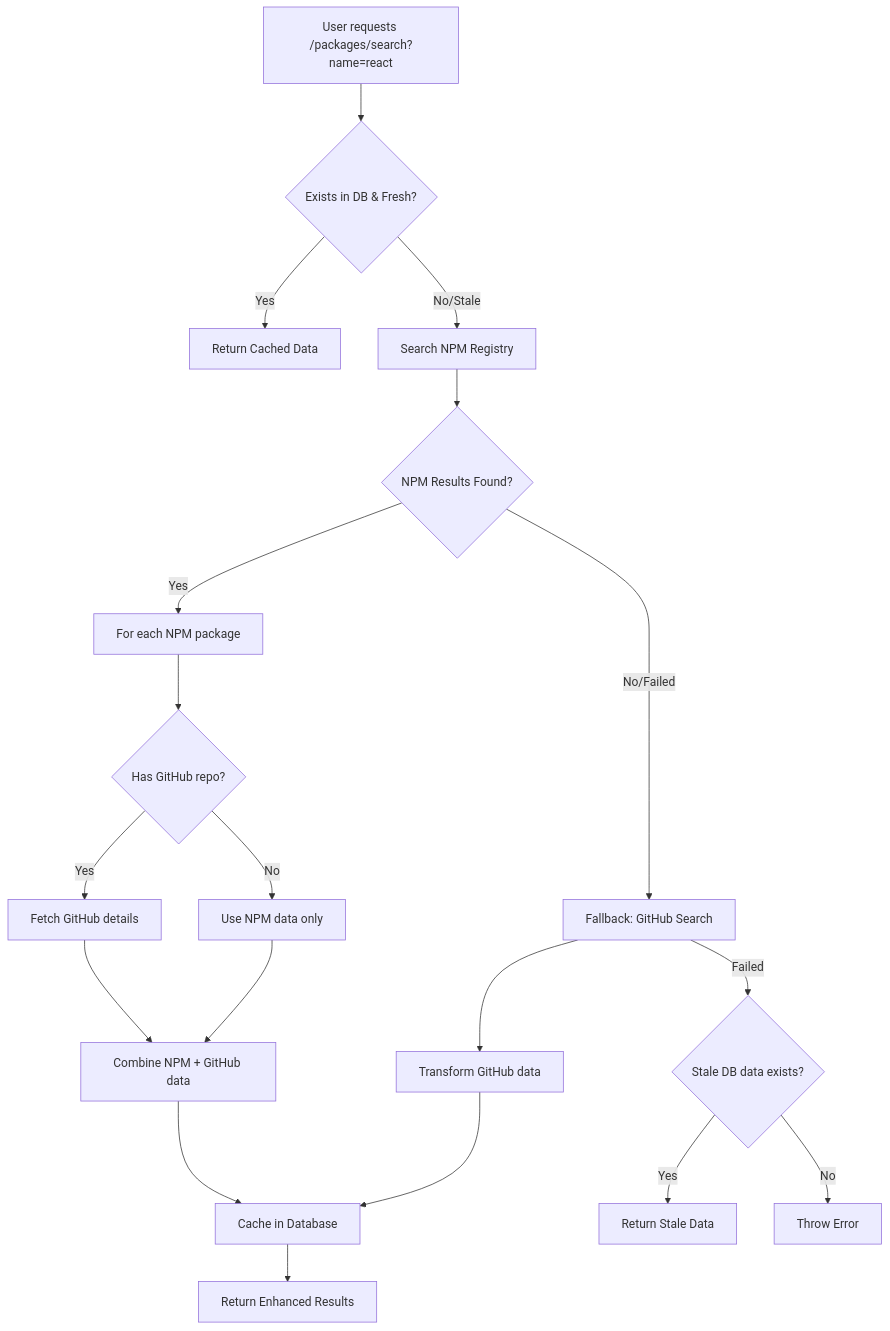
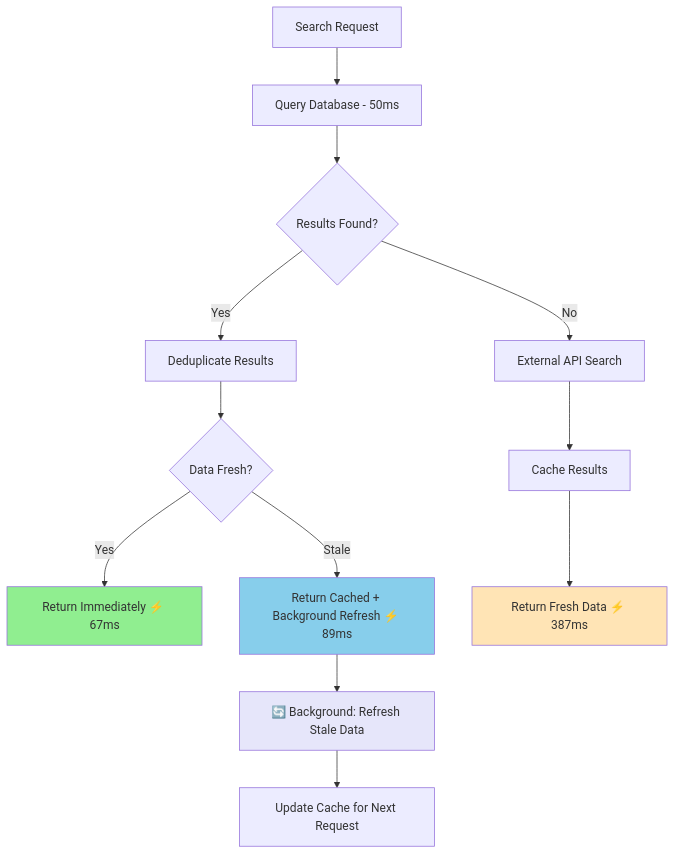
The diagram in ossrepo-backend/docs/watchlist/package_logics/package_feature.md (tigerokuma/BE-SSRT-2), drawn with Mermaid before and after one commit. The commit also changed other lines of this file, not shown here.

````diff
--- a/ossrepo-backend/docs/watchlist/package_logics/package_feature.md
+++ b/ossrepo-backend/docs/watchlist/package_logics/package_feature.md
@@ -22,23 +22,20 @@
 ```mermaid
 flowchart TD
-    A[User requests /packages/search?name=react] --> B{Exists in DB & Fresh?}
-    B -- Yes --> C[Return Cached Data]
-    B -- No/Stale --> D[Search NPM Registry]
-    D --> E{NPM Results Found?}
-    E -- Yes --> F[For each NPM package]
-    F --> G{Has GitHub repo?}
-    G -- Yes --> H[Fetch GitHub details]
-    G -- No --> I[Use NPM data only]
-    H --> J[Combine NPM + GitHub data]
-    I --> J
-    J --> K[Cache in Database]
-    K --> L[Return Enhanced Results]
+    A[Search Request] --> B[Query Database - 50ms]
+    B --> C{Results Found?}
+    C -- Yes --> D[Deduplicate Results]
+    D --> E{Data Fresh?}
+    E -- Yes --> F[Return Immediately ⚡ 67ms]
+    E -- Stale --> G[Return Cached + Background Refresh ⚡ 89ms]
+    C -- No --> H[External API Search]
+    H --> I[Cache Results]
+    I --> J[Return Fresh Data ⚡ 387ms]
     
-    E -- No/Failed --> M[Fallback: GitHub Search]
-    M --> N[Transform GitHub data]
-    N --> K
+    G --> K[🔄 Background: Refresh Stale Data]
+    K --> L[Update Cache for Next Request]
     
-    M -- Failed --> O{Stale DB data exists?}
-    O -- Yes --> P[Return Stale Data]
-    O -- No --> Q[Throw Error]
+    style F fill:#90EE90
+    style G fill:#87CEEB  
+    style J fill:#FFE4B5
+    style K fill:#E6E6FA
 ```
````
